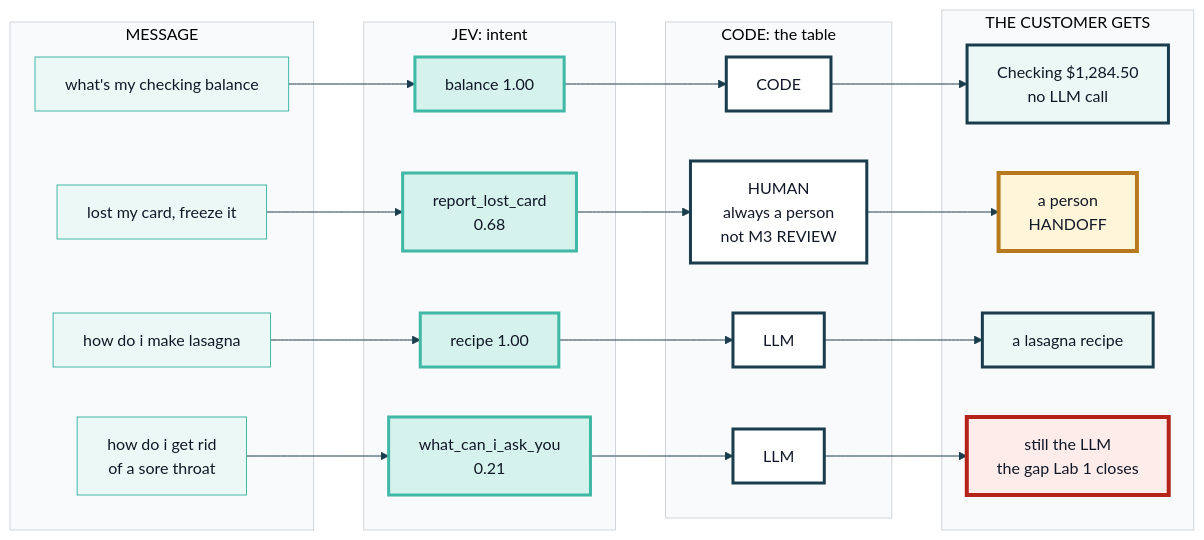
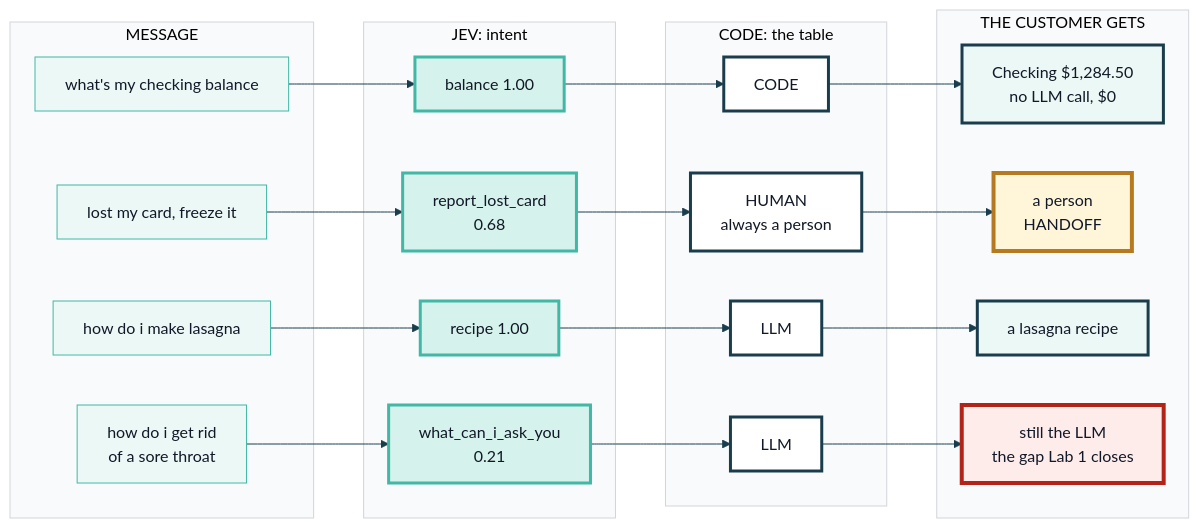
Before and after one commit to axel-sirota/getting_started_jev: the diagram in course/diagrams/module_04/p1-solution-router.mmd, drawn with Mermaid. The commit also changed 29 other files, not shown here.

Commit message:
Module 4: notebooks and diagrams

```diff
--- a/course/diagrams/module_04/p1-solution-router.mmd
+++ b/course/diagrams/module_04/p1-solution-router.mmd
@@ -1,43 +1,43 @@
 %%{init: {"theme": "base", "themeVariables": {"fontFamily": "Inter, sans-serif", "primaryColor": "#ECF8F6", "primaryBorderColor": "#40B8A6", "primaryTextColor": "#111827", "lineColor": "#1A3D4D", "secondaryColor": "#F9FAFB", "tertiaryColor": "#FFFFFF", "clusterBkg": "#F9FAFB", "clusterBorder": "#D1D5DB", "actorBkg": "#ECF8F6", "actorBorder": "#40B8A6", "noteBkgColor": "#FFF6DA", "noteBorderColor": "#E0B84C"}}}%%
 flowchart LR
   subgraph IN["MESSAGE"]
     M1["what's my checking balance"]
     M2["lost my card, freeze it"]
     M3["how do i make lasagna"]
     M4["how do i get rid<br/>of a sore throat"]
   end
   subgraph JEV["JEV: intent"]
     J1["balance 1.00"]
     J2["report_lost_card<br/>0.68"]
     J3["recipe 1.00"]
     J4["what_can_i_ask_you<br/>0.21"]
   end
   subgraph CODE["CODE: the table"]
     C1["CODE"]
-    C2["HUMAN<br/>always a person<br/>not M3 REVIEW"]
+    C2["HUMAN<br/>always a person"]
     C3["LLM"]
     C4["LLM"]
   end
   subgraph GETS["THE CUSTOMER GETS"]
-    O1["Checking $1,284.50<br/>no LLM call"]
+    O1["Checking $1,284.50<br/>no LLM call, $0"]
     O2["a person<br/>HANDOFF"]
     O3["a lasagna recipe"]
     O4["still the LLM<br/>the gap Lab 1 closes"]
   end
   M1 --> J1 --> C1 --> O1
   M2 --> J2 --> C2 --> O2
   M3 --> J3 --> C3 --> O3
   M4 --> J4 --> C4 --> O4
 
   classDef fail fill:#FDECEA,stroke:#B42318,stroke-width:4px
   classDef changed fill:#D5F2EC,stroke:#1A3D4D,stroke-width:4px
   classDef ok fill:#ECF8F6,stroke:#1A3D4D,stroke-width:3px
   classDef human fill:#FFF6DA,stroke:#B7791F,stroke-width:4px
   classDef jev fill:#D5F2EC,stroke:#40B8A6,stroke-width:3px
   classDef code fill:#FFFFFF,stroke:#1A3D4D,stroke-width:3px
   classDef llm fill:#EEF2FF,stroke:#4B5563,stroke-width:3px
   class J1,J2,J3,J4 jev
   class C1,C2,C3,C4 code
   class O1,O3 ok
   class O2 human
   class O4 fail
```
